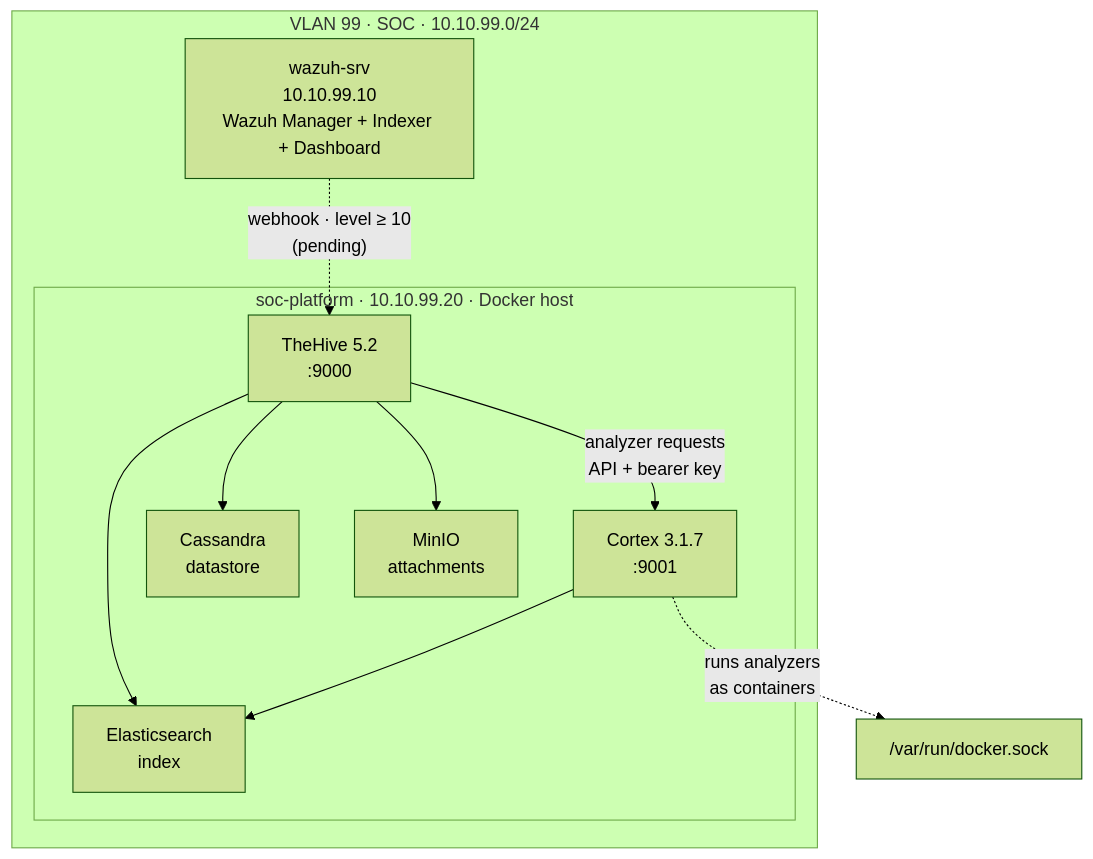
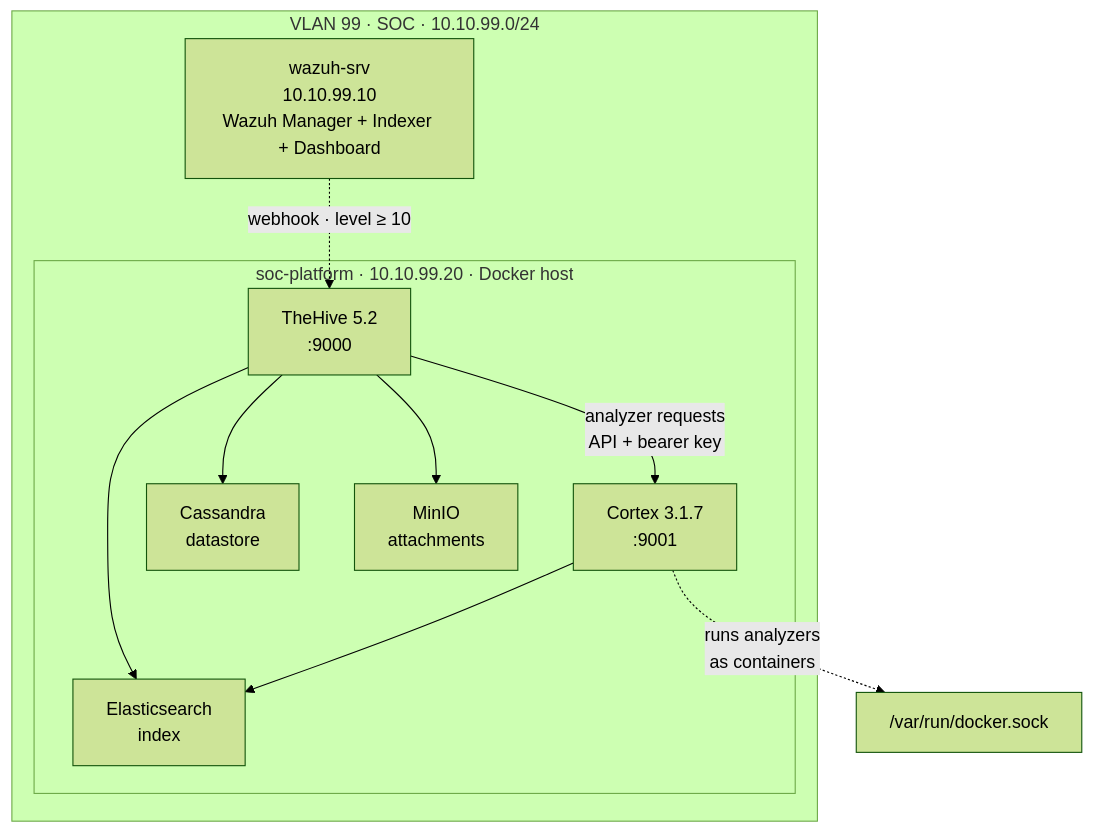
One commit to DanielBandarica02/SOC-HomeLab changed the diagram in docs/07-soc-platform/02-docker-infrastructure.md. Above: the diagram before and after it, drawn with Mermaid (forest theme).

````diff
--- a/docs/07-soc-platform/02-docker-infrastructure.md
+++ b/docs/07-soc-platform/02-docker-infrastructure.md
@@ -15,20 +15,20 @@
 ```mermaid
 flowchart TB
     subgraph vlan99["VLAN 99 · SOC · 10.10.99.0/24"]
         wazuh["wazuh-srv<br/>10.10.99.10<br/>Wazuh Manager + Indexer + Dashboard"]
         subgraph socplat["soc-platform · 10.10.99.20 · Docker host"]
             thehive["TheHive 5.2<br/>:9000"]
             cortex["Cortex 3.1.7<br/>:9001"]
             cassandra["Cassandra<br/>datastore"]
             elastic["Elasticsearch<br/>index"]
             minio["MinIO<br/>attachments"]
         end
     end
-    wazuh -.->|"webhook · level ≥ 10<br/>(pending)"| thehive
+    wazuh -.->|"webhook · level ≥ 10<br/>"| thehive
     thehive -->|"analyzer requests<br/>API + bearer key"| cortex
     thehive --> cassandra
     thehive --> elastic
     thehive --> minio
     cortex --> elastic
     cortex -.->|"runs analyzers<br/>as containers"| dockersock["/var/run/docker.sock"]
 ```
````
